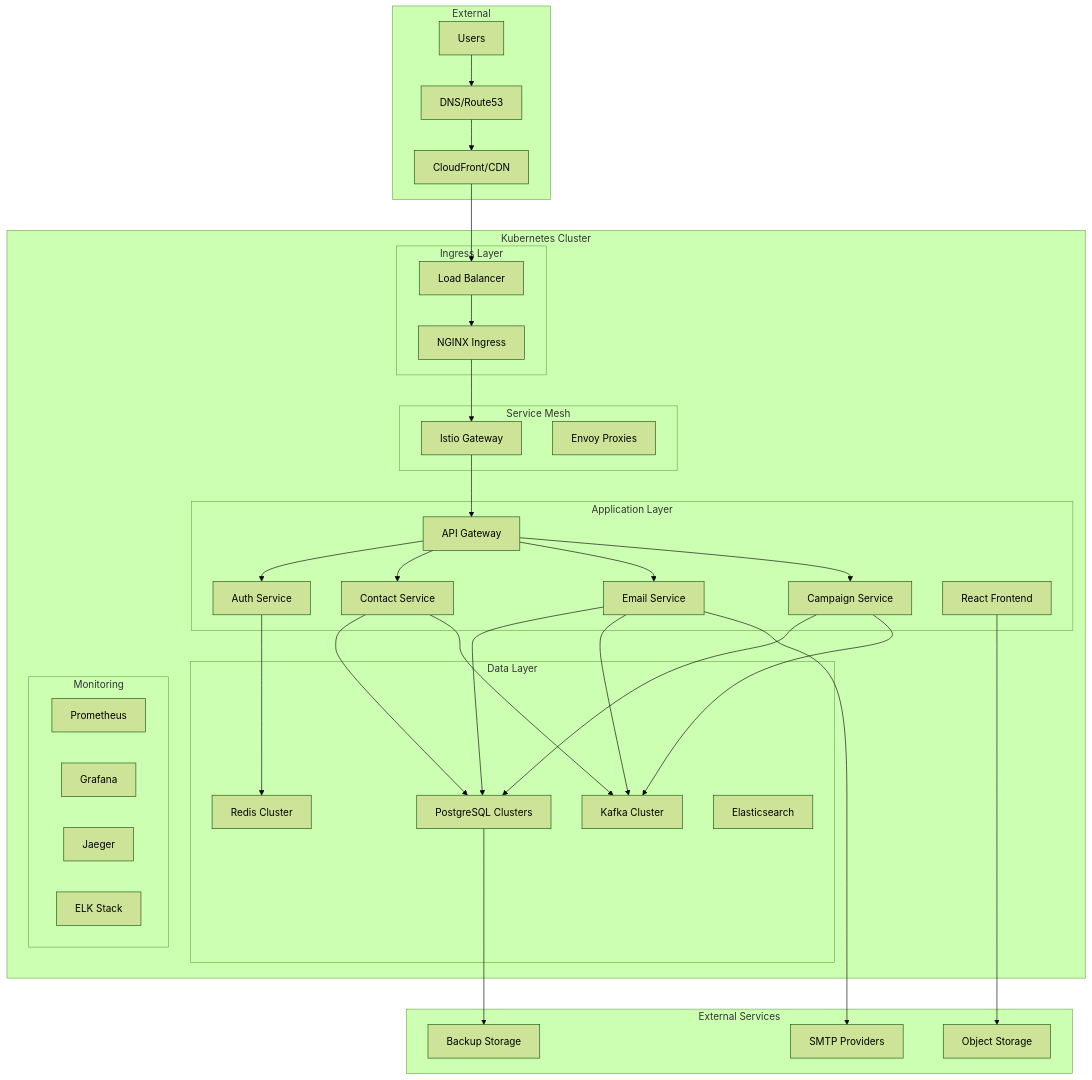
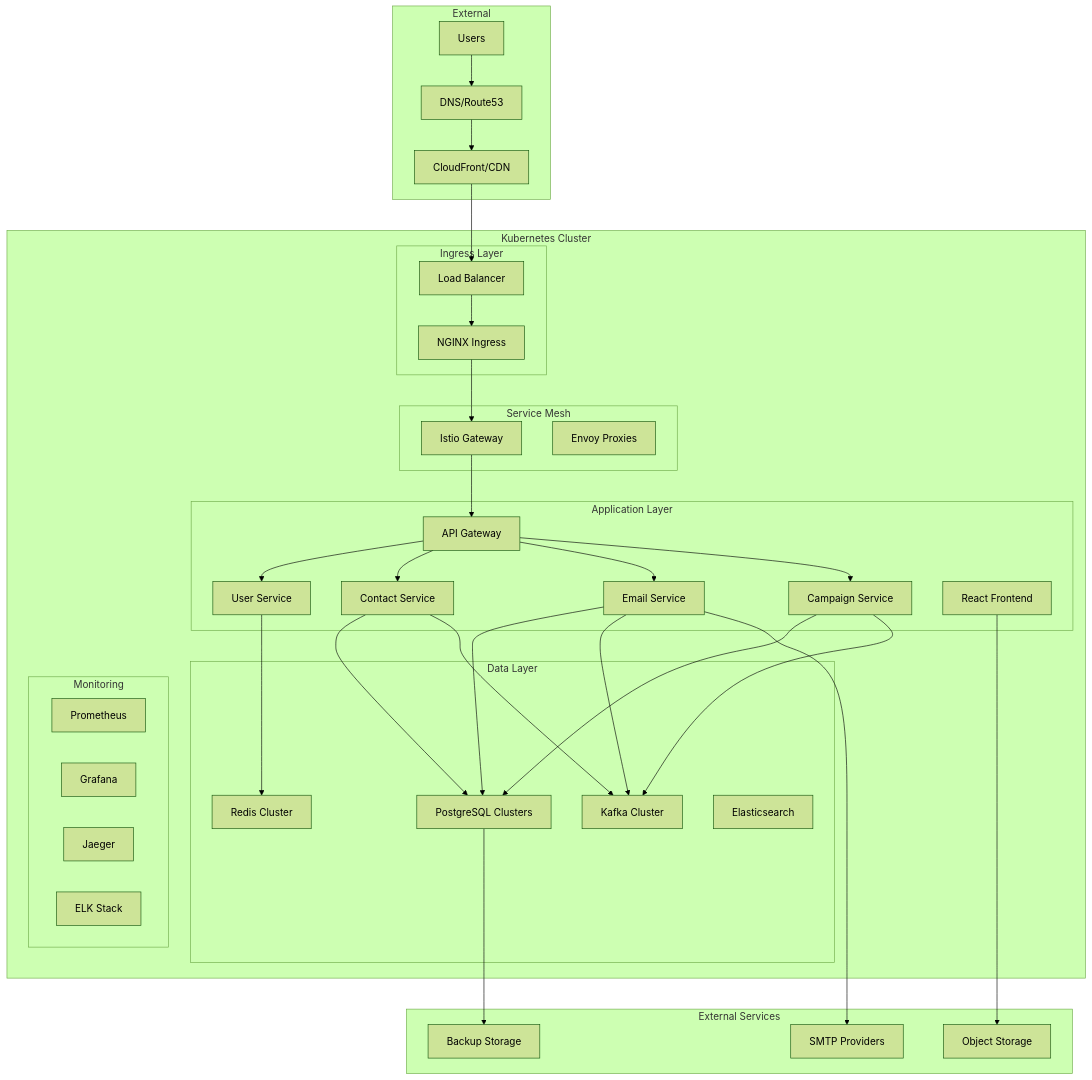
The diagram in docs/architecture/deployment.md (GripDay/gripday-docs), drawn with Mermaid (forest theme) before and after one commit. The commit also changed 12 other files, not shown here.

Commit message:
refactor: auth service becomes user service

````diff
--- a/docs/architecture/deployment.md
+++ b/docs/architecture/deployment.md
@@ -25,73 +25,73 @@
 ```mermaid
 graph TB
     subgraph "External"
         Users[Users]
         DNS[DNS/Route53]
         CDN[CloudFront/CDN]
     end
 
     subgraph "Kubernetes Cluster"
         subgraph "Ingress Layer"
             Ingress[NGINX Ingress]
             LB[Load Balancer]
         end
 
         subgraph "Service Mesh"
             Istio[Istio Gateway]
             Envoy[Envoy Proxies]
         end
 
         subgraph "Application Layer"
             Gateway[API Gateway]
-            Auth[Auth Service]
+            Auth[User Service]
             Contact[Contact Service]
             Email[Email Service]
             Campaign[Campaign Service]
             Frontend[React Frontend]
         end
 
         subgraph "Data Layer"
             Postgres[PostgreSQL Clusters]
             Redis[Redis Cluster]
             Kafka[Kafka Cluster]
             Elasticsearch[Elasticsearch]
         end
 
         subgraph "Monitoring"
             Prometheus[Prometheus]
             Grafana[Grafana]
             Jaeger[Jaeger]
             ELK[ELK Stack]
         end
     end
 
     subgraph "External Services"
         SMTP[SMTP Providers]
         Storage[Object Storage]
         Backup[Backup Storage]
     end
 
     Users --> DNS
     DNS --> CDN
     CDN --> LB
     LB --> Ingress
     Ingress --> Istio
     Istio --> Gateway
     Gateway --> Auth
     Gateway --> Contact
     Gateway --> Email
     Gateway --> Campaign
 
     Contact --> Postgres
     Email --> Postgres
     Campaign --> Postgres
     Auth --> Redis
 
     Contact --> Kafka
     Email --> Kafka
     Campaign --> Kafka
 
     Email --> SMTP
     Frontend --> Storage
     Postgres --> Backup
 ```
````
